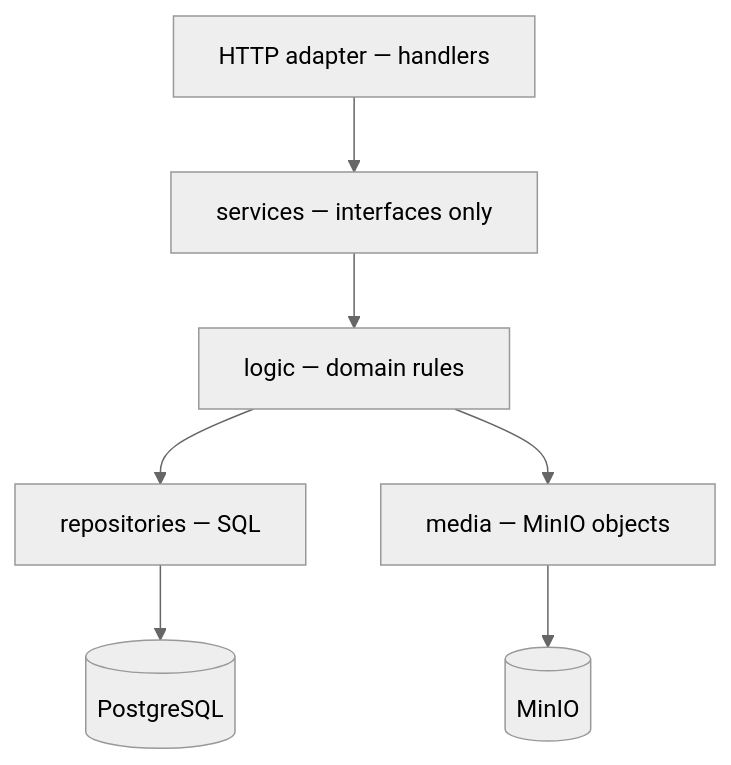
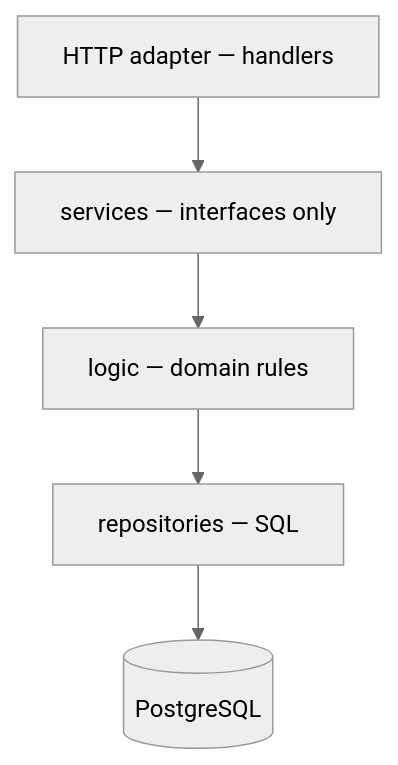
One commit to nghialthanh/inventory_dashboard changed the second of 3 diagrams in docs/SYSTEM_DESIGN.md. Above: the diagram before and after it, drawn with Mermaid (neutral theme). The commit also changed other lines of this file and 60 other files, not shown here.

````diff
--- a/docs/SYSTEM_DESIGN.md
+++ b/docs/SYSTEM_DESIGN.md
@@ -34,17 +32,13 @@
 ```mermaid
 flowchart TB
   HTTP[HTTP adapter — handlers]
   IFACE[services — interfaces only]
   LOGIC[logic — domain rules]
   REPO[repositories — SQL]
-  MEDIA[media — MinIO objects]
   PG[(PostgreSQL)]
-  BLOB[(MinIO)]
 
   HTTP --> IFACE
   IFACE --> LOGIC
   LOGIC --> REPO
-  LOGIC --> MEDIA
   REPO --> PG
-  MEDIA --> BLOB
 ```
````
